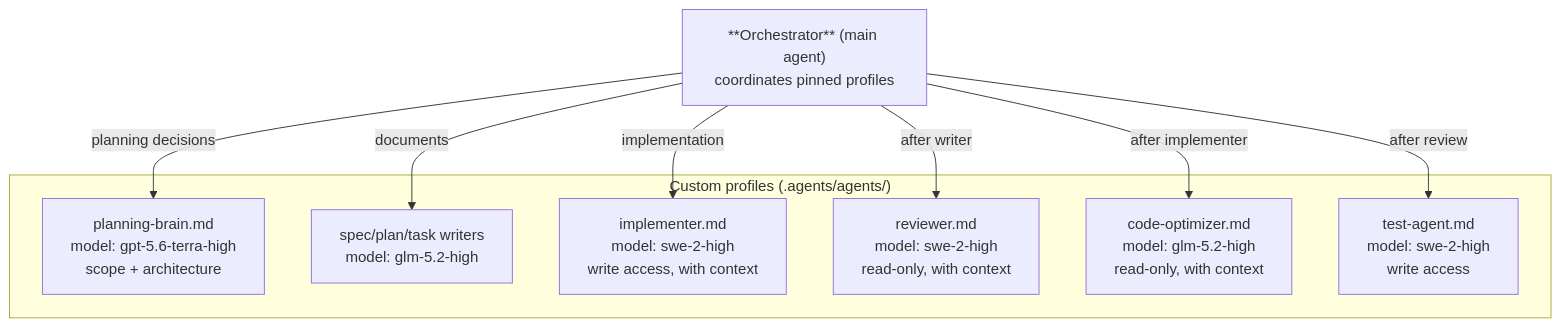
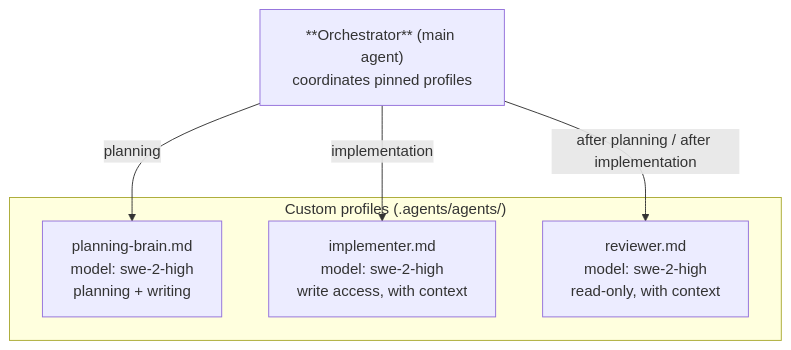
One commit to bperin/project-context changed the fourth of 4 diagrams in README.md. Above: the diagram before and after it, drawn with Mermaid. The commit also changed other lines of this file and 16 other files, not shown here.

First line of the commit message:
feat: compress workflows with grill-me, ADHD self-review, writer/challenger

````diff
--- a/README.md
+++ b/README.md
@@ -162,20 +154,14 @@
 ```mermaid
 graph TD
     ORCH["**Orchestrator** (main agent)<br/>coordinates pinned profiles"]
 
     subgraph "Custom profiles (.agents/agents/)"
-        BRAIN["planning-brain.md<br/>model: gpt-5.6-terra-high<br/>scope + architecture"]
-        WRITERS["spec/plan/task writers<br/>model: glm-5.2-high"]
+        BRAIN["planning-brain.md<br/>model: swe-2-high<br/>planning + writing"]
         IMPL["implementer.md<br/>model: swe-2-high<br/>write access, with context"]
         REV["reviewer.md<br/>model: swe-2-high<br/>read-only, with context"]
-        CODEOPT["code-optimizer.md<br/>model: glm-5.2-high<br/>read-only, with context"]
-        TEST["test-agent.md<br/>model: swe-2-high<br/>write access"]
     end
 
-    ORCH -->|"planning decisions"| BRAIN
-    ORCH -->|"documents"| WRITERS
+    ORCH -->|"planning"| BRAIN
     ORCH -->|"implementation"| IMPL
-    ORCH -->|"after writer"| REV
-    ORCH -->|"after implementer"| CODEOPT
-    ORCH -->|"after review"| TEST
+    ORCH -->|"after planning / after implementation"| REV
 ```
````
